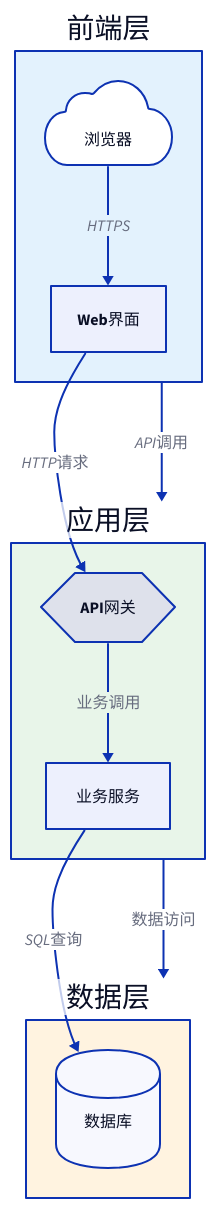
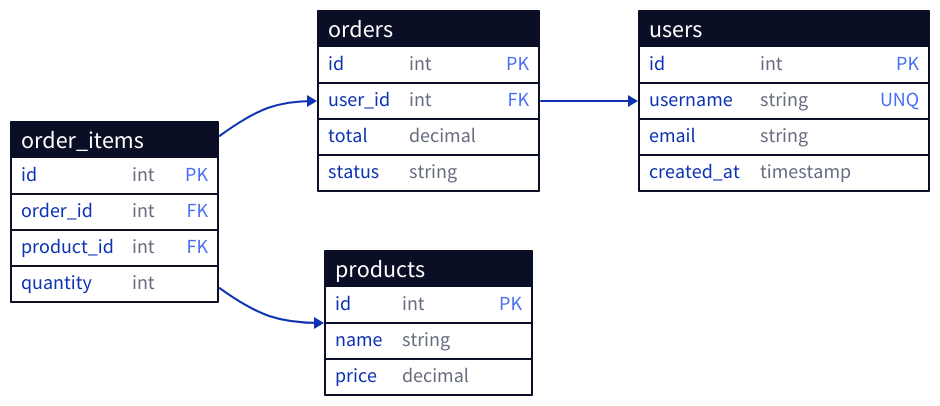
Before and after one commit to chyax98/Diagflow: the third of 7 diagrams in src/lib/syntax-md/d2/diagram.md, drawn with D2. The commit also changed other lines of this file and 62 other files, not shown here.

````diff
--- a/src/lib/syntax-md/d2/diagram.md
+++ b/src/lib/syntax-md/d2/diagram.md
@@ -242,35 +357,40 @@
 ```d2
-# 容器嵌套与路径引用（重要！）
-direction: down
+# ER 图：SQL Tables
+direction: right
 
-# 定义容器和内部节点
-前端层: {
-  style.fill: "#e3f2fd"
-  浏览器: {shape: cloud}
-  Web界面: {shape: rectangle}
+users: {
+  shape: sql_table
+  id: int {constraint: PK}
+  username: string {constraint: UNQ}
+  email: string
+  created_at: timestamp
 }
 
-应用层: {
-  style.fill: "#e8f5e9"
-  API网关: {shape: hexagon}
-  业务服务: {shape: rectangle}
+orders: {
+  shape: sql_table
+  id: int {constraint: PK}
+  user_id: int {constraint: FK}
+  total: decimal
+  status: string
 }
 
-数据层: {
-  style.fill: "#fff3e0"
-  数据库: {shape: cylinder}
+order_items: {
+  shape: sql_table
+  id: int {constraint: PK}
+  order_id: int {constraint: FK}
+  product_id: int {constraint: FK}
+  quantity: int
 }
 
-# 跨容器连接必须使用完整路径
-# ❌ 错误: 浏览器 -> Web界面（会创建新的顶层节点）
-# ✓ 正确: 前端层.浏览器 -> 前端层.Web界面
+products: {
+  shape: sql_table
+  id: int {constraint: PK}
+  name: string
+  price: decimal
+}
 
-前端层.浏览器 -> 前端层.Web界面: "HTTPS"
-前端层.Web界面 -> 应用层.API网关: "HTTP请求"
-应用层.API网关 -> 应用层.业务服务: "业务调用"
-应用层.业务服务 -> 数据层.数据库: "SQL查询"
-
-# 容器间连接可以直接用容器名
-前端层 -> 应用层: "API调用"
-应用层 -> 数据层: "数据访问"
+# 外键关系
+orders.user_id -> users.id
+order_items.order_id -> orders.id
+order_items.product_id -> products.id
 ```
````
